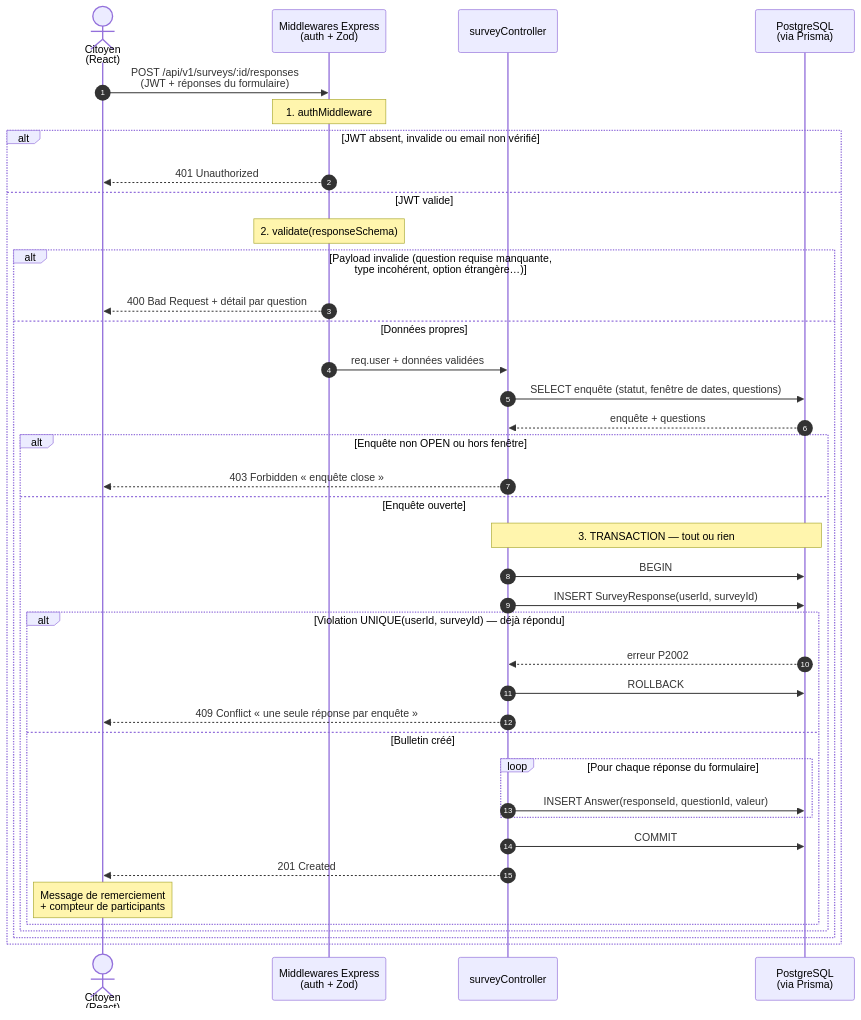
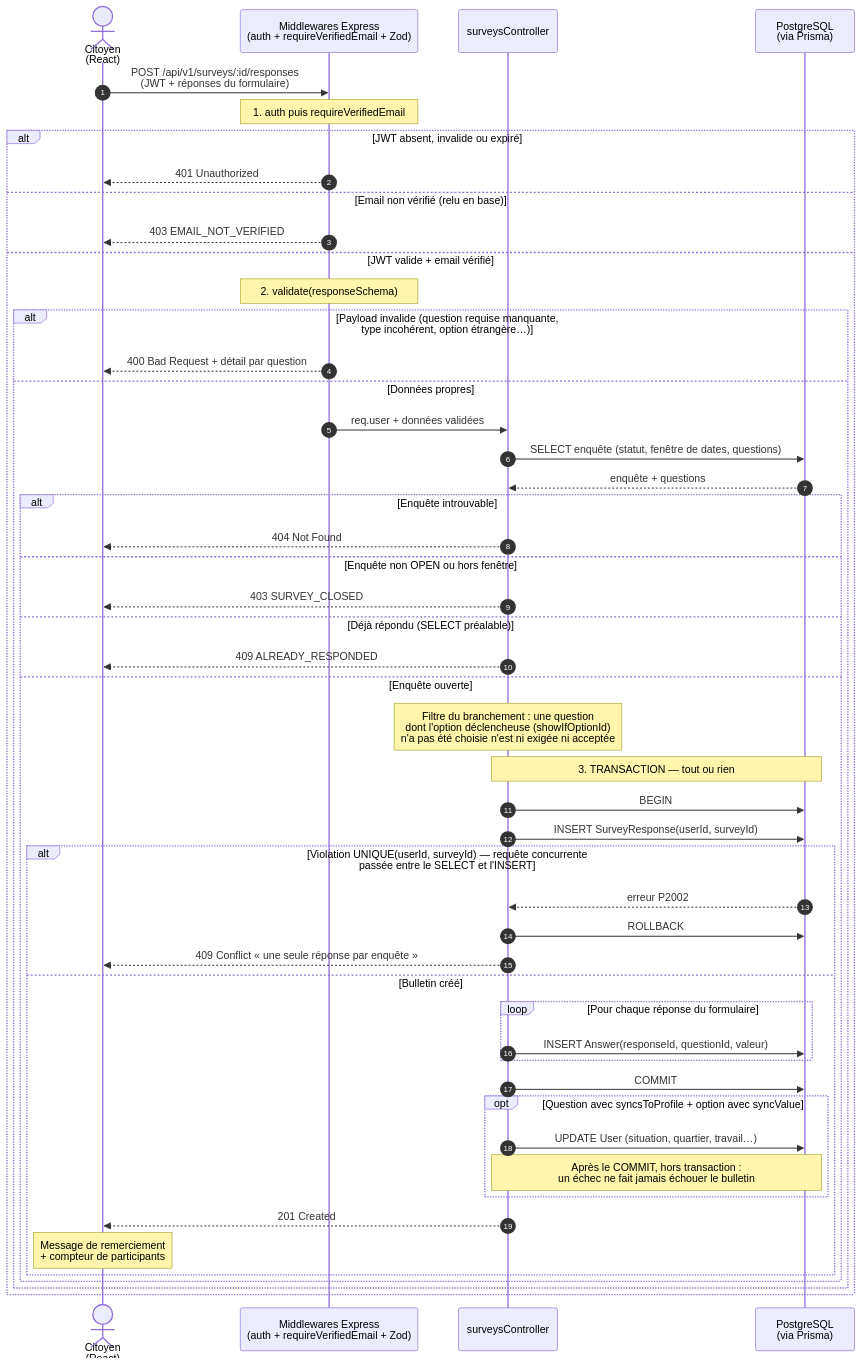
Before and after one commit to Nathalie-Leduc/Senlis-Participatif-docs: the diagram in 05-diagramme-sequence.md, drawn with Mermaid. The commit also changed other lines of this file and 28 other files, not shown here.

````diff
--- a/05-diagramme-sequence.md
+++ b/05-diagramme-sequence.md
@@ -5,46 +5,57 @@
 ```mermaid
 sequenceDiagram
     autonumber
     actor C as Citoyen<br/>(React)
-    participant MW as Middlewares Express<br/>(auth + Zod)
-    participant CT as surveyController
+    participant MW as Middlewares Express<br/>(auth + requireVerifiedEmail + Zod)
+    participant CT as surveysController
     participant DB as PostgreSQL<br/>(via Prisma)
 
     C->>MW: POST /api/v1/surveys/:id/responses<br/>(JWT + réponses du formulaire)
 
-    Note over MW: 1. authMiddleware
-    alt JWT absent, invalide ou email non vérifié
+    Note over MW: 1. auth puis requireVerifiedEmail
+    alt JWT absent, invalide ou expiré
         MW-->>C: 401 Unauthorized
-    else JWT valide
+    else Email non vérifié (relu en base)
+        MW-->>C: 403 EMAIL_NOT_VERIFIED
+    else JWT valide + email vérifié
         Note over MW: 2. validate(responseSchema)
         alt Payload invalide (question requise manquante,<br/>type incohérent, option étrangère…)
             MW-->>C: 400 Bad Request + détail par question
         else Données propres
             MW->>CT: req.user + données validées
 
             CT->>DB: SELECT enquête (statut, fenêtre de dates, questions)
             DB-->>CT: enquête + questions
 
-            alt Enquête non OPEN ou hors fenêtre
-                CT-->>C: 403 Forbidden « enquête close »
+            alt Enquête introuvable
+                CT-->>C: 404 Not Found
+            else Enquête non OPEN ou hors fenêtre
+                CT-->>C: 403 SURVEY_CLOSED
+            else Déjà répondu (SELECT préalable)
+                CT-->>C: 409 ALREADY_RESPONDED
             else Enquête ouverte
+                Note over CT: Filtre du branchement : une question<br/>dont l'option déclencheuse (showIfOptionId)<br/>n'a pas été choisie n'est ni exigée ni acceptée
                 Note over CT,DB: 3. TRANSACTION — tout ou rien
                 CT->>DB: BEGIN
                 CT->>DB: INSERT SurveyResponse(userId, surveyId)
 
-                alt Violation UNIQUE(userId, surveyId) — déjà répondu
+                alt Violation UNIQUE(userId, surveyId) — requête concurrente<br/>passée entre le SELECT et l'INSERT
                     DB-->>CT: erreur P2002
                     CT->>DB: ROLLBACK
                     CT-->>C: 409 Conflict « une seule réponse par enquête »
                 else Bulletin créé
                     loop Pour chaque réponse du formulaire
                         CT->>DB: INSERT Answer(responseId, questionId, valeur)
                     end
                     CT->>DB: COMMIT
+                    opt Question avec syncsToProfile + option avec syncValue
+                        CT->>DB: UPDATE User (situation, quartier, travail…)
+                        Note over CT,DB: Après le COMMIT, hors transaction :<br/>un échec ne fait jamais échouer le bulletin
+                    end
                     CT-->>C: 201 Created
                     Note over C: Message de remerciement<br/>+ compteur de participants
                 end
             end
         end
     end
 ```
````
